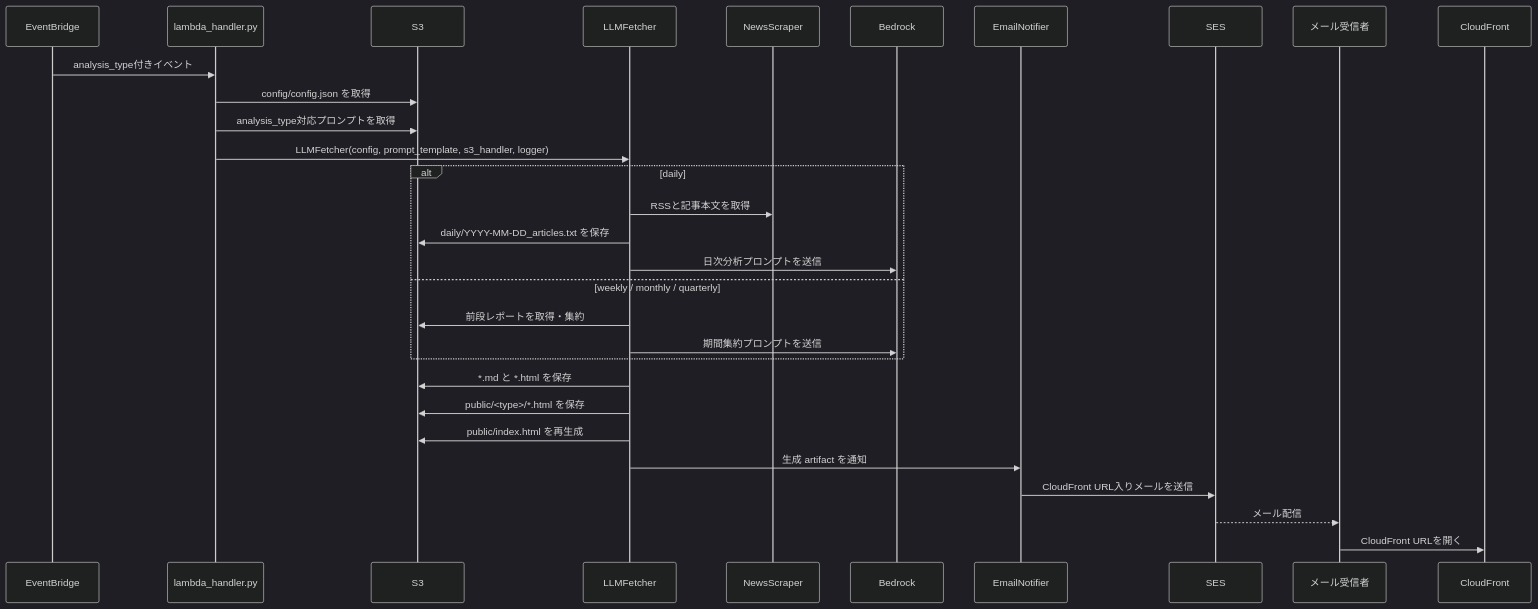
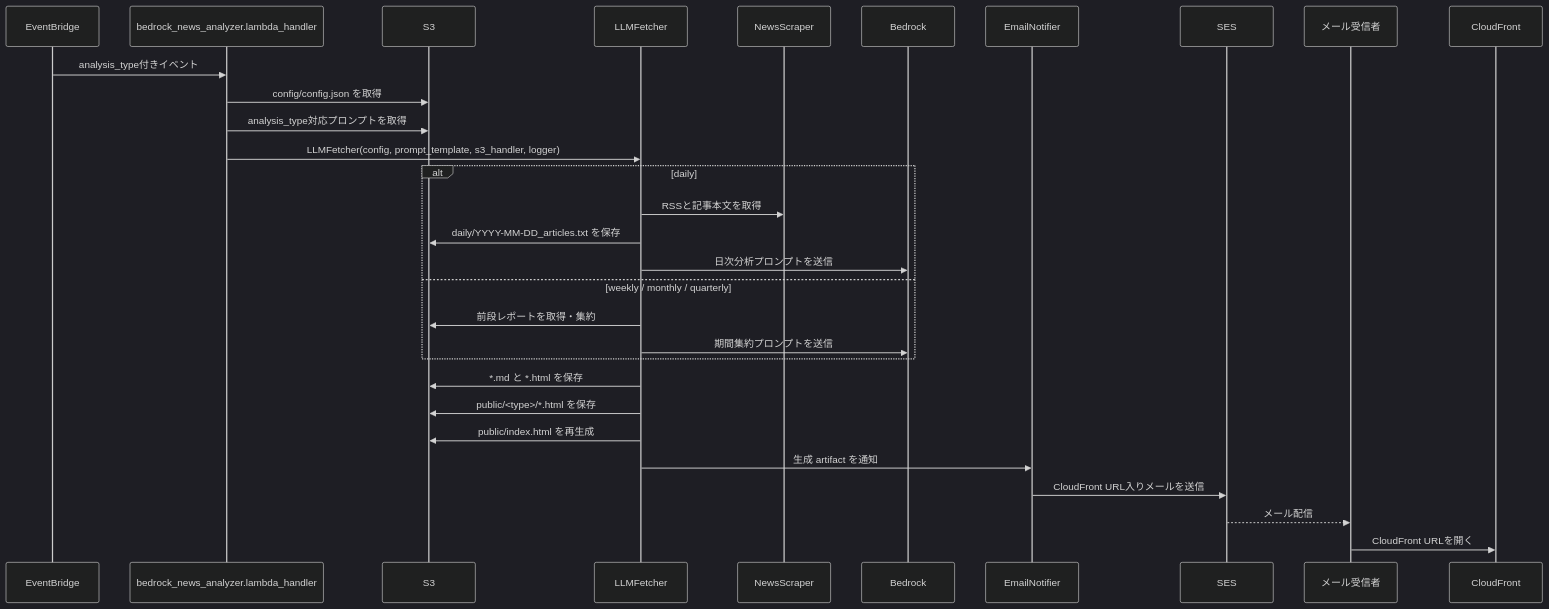
The second of 3 diagrams in docs/system-architecture.md (KillerBee-0826/autollmgetter), drawn with Mermaid (dark theme) before and after one commit. The commit also changed other lines of this file and 36 other files, not shown here.

````diff
--- a/docs/system-architecture.md
+++ b/docs/system-architecture.md
@@ -48,35 +48,35 @@
 ```mermaid
 sequenceDiagram
   participant EB as EventBridge
-  participant LH as lambda_handler.py
+  participant LH as bedrock_news_analyzer.lambda_handler
   participant S3 as S3
   participant LF as LLMFetcher
   participant NS as NewsScraper
   participant BR as Bedrock
   participant EN as EmailNotifier
   participant SES as SES
   participant Mail as メール受信者
   participant CF as CloudFront
 
   EB->>LH: analysis_type付きイベント
   LH->>S3: config/config.json を取得
   LH->>S3: analysis_type対応プロンプトを取得
   LH->>LF: LLMFetcher(config, prompt_template, s3_handler, logger)
 
   alt daily
     LF->>NS: RSSと記事本文を取得
     LF->>S3: daily/YYYY-MM-DD_articles.txt を保存
     LF->>BR: 日次分析プロンプトを送信
   else weekly / monthly / quarterly
     LF->>S3: 前段レポートを取得・集約
     LF->>BR: 期間集約プロンプトを送信
   end
 
   LF->>S3: *.md と *.html を保存
   LF->>S3: public/<type>/*.html を保存
   LF->>S3: public/index.html を再生成
   LF->>EN: 生成 artifact を通知
   EN->>SES: CloudFront URL入りメールを送信
   SES-->>Mail: メール配信
   Mail->>CF: CloudFront URLを開く
 ```
````
